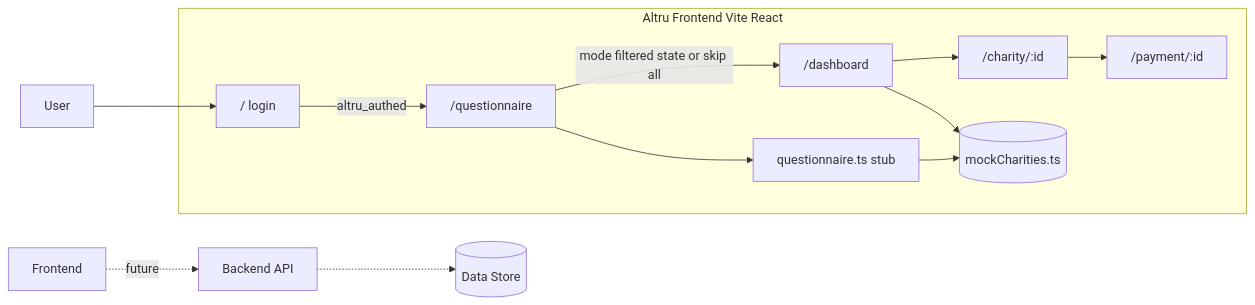
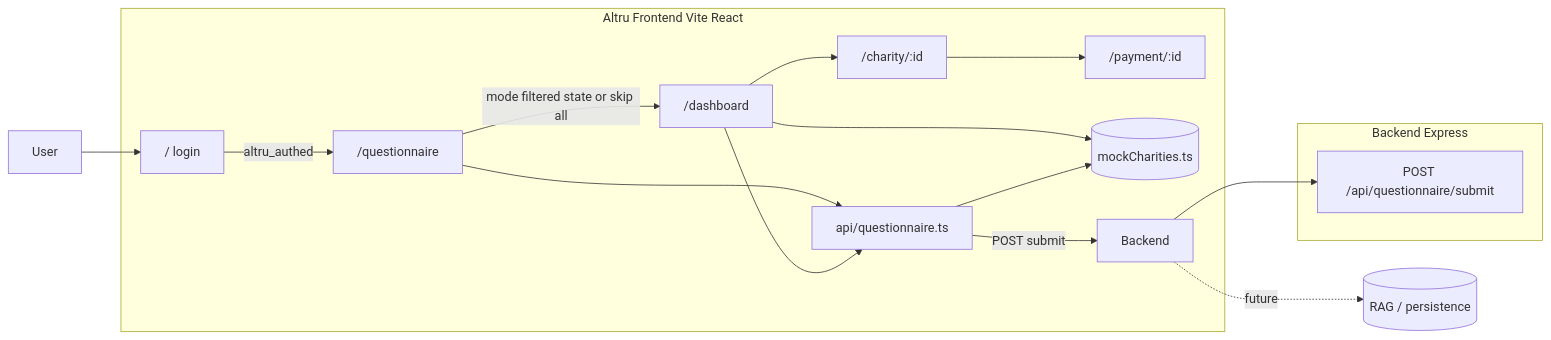
Before and after one commit to parzival1l/Beaverworks: the diagram in architecture.md, drawn with Mermaid. The commit also changed other lines of this file and 15 other files, not shown here.

First line of the commit message:
feat: Express questionnaire submit + wire frontend API proxy

````diff
--- a/architecture.md
+++ b/architecture.md
@@ -29,20 +31,25 @@
 ```mermaid
 flowchart LR
   subgraph frontend [Altru Frontend Vite React]
     Login["/ login"]
     Q["/questionnaire"]
     Dash["/dashboard"]
     Detail["/charity/:id"]
     Pay["/payment/:id"]
     Login -->|altru_authed| Q
     Q -->|mode filtered state or skip all| Dash
     Dash --> Detail --> Pay
-    Stub["questionnaire.ts stub"]
-    Q --> Stub
+    ApiClient["api/questionnaire.ts"]
+    Q --> ApiClient
+    Dash --> ApiClient
     Dash --> Mock[(mockCharities.ts)]
-    Stub --> Mock
+    ApiClient -->|"POST submit"| Backend
+    ApiClient --> Mock
+  end
+  subgraph backend [Backend Express]
+    Submit["POST /api/questionnaire/submit"]
+    Backend --> Submit
   end
   User --> Login
-  Frontend -.->|future| Backend[Backend API]
-  Backend -.-> Data[(Data Store)]
+  Backend -.->|future| Data[(RAG / persistence)]
 ```
````
